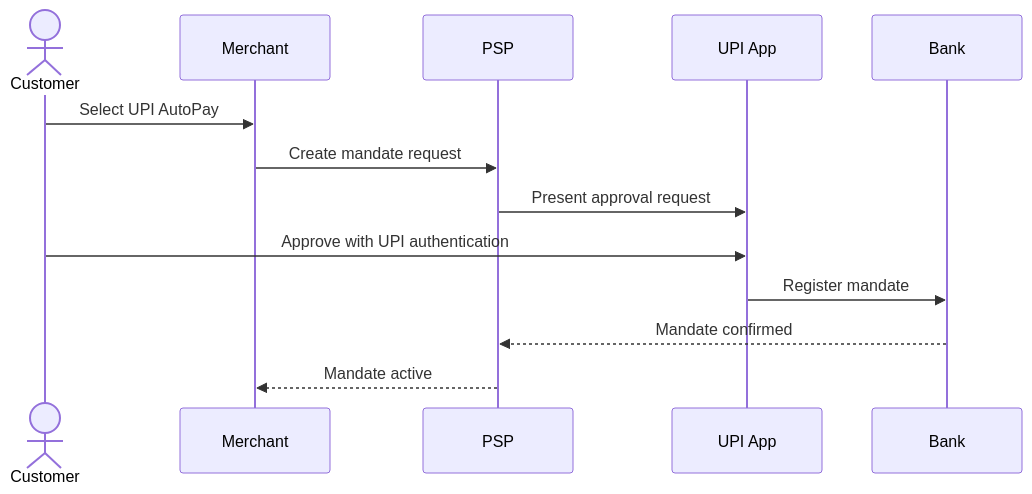
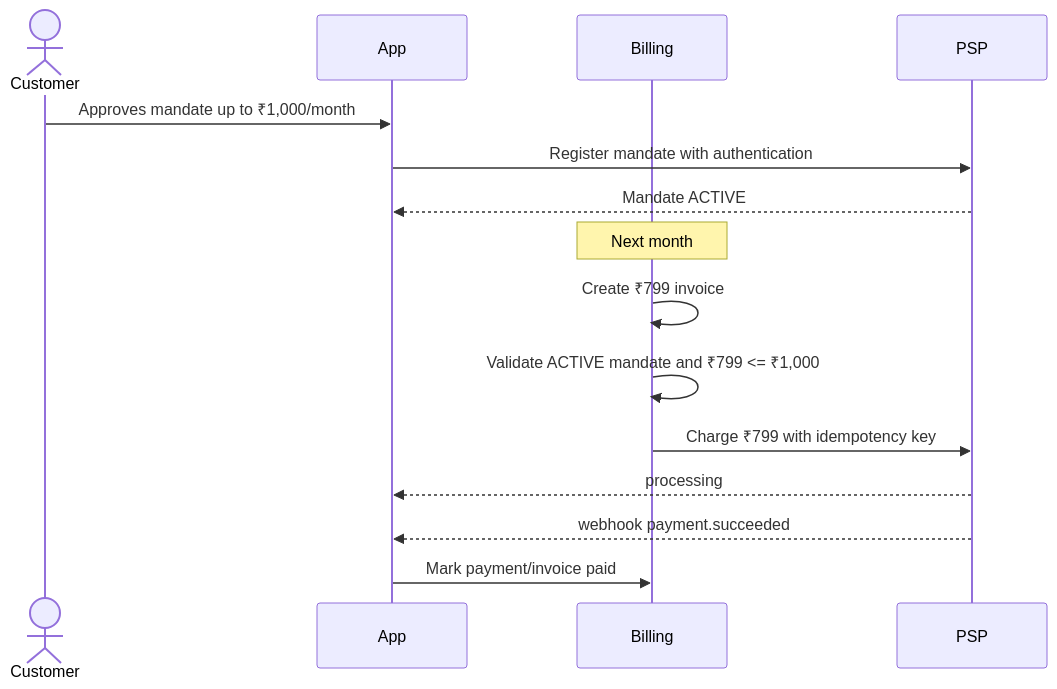
Before and after one commit to AvadhBhalodiya/Interview-Preparation: diagram 14 of 14 in src/content/payments/mandates-recurring.md, drawn with Mermaid. The commit also changed other lines of this file and 54 other files, not shown here.

````diff
--- a/src/content/payments/mandates-recurring.md
+++ b/src/content/payments/mandates-recurring.md
@@ -1212,16 +842,19 @@
 ```mermaid
 sequenceDiagram
     actor Customer
-    participant Merchant
+    participant App
+    participant Billing
     participant PSP
-    participant UPIApp as UPI App
-    participant Bank
 
-    Customer->>Merchant: Select UPI AutoPay
-    Merchant->>PSP: Create mandate request
-    PSP->>UPIApp: Present approval request
-    Customer->>UPIApp: Approve with UPI authentication
-    UPIApp->>Bank: Register mandate
-    Bank-->>PSP: Mandate confirmed
-    PSP-->>Merchant: Mandate active
+    Customer->>App: Approves mandate up to ₹1,000/month
+    App->>PSP: Register mandate with authentication
+    PSP-->>App: Mandate ACTIVE
+
+    Note over Billing: Next month
+    Billing->>Billing: Create ₹799 invoice
+    Billing->>Billing: Validate ACTIVE mandate and ₹799 <= ₹1,000
+    Billing->>PSP: Charge ₹799 with idempotency key
+    PSP-->>App: processing
+    PSP-->>App: webhook payment.succeeded
+    App->>Billing: Mark payment/invoice paid
 ```
````
